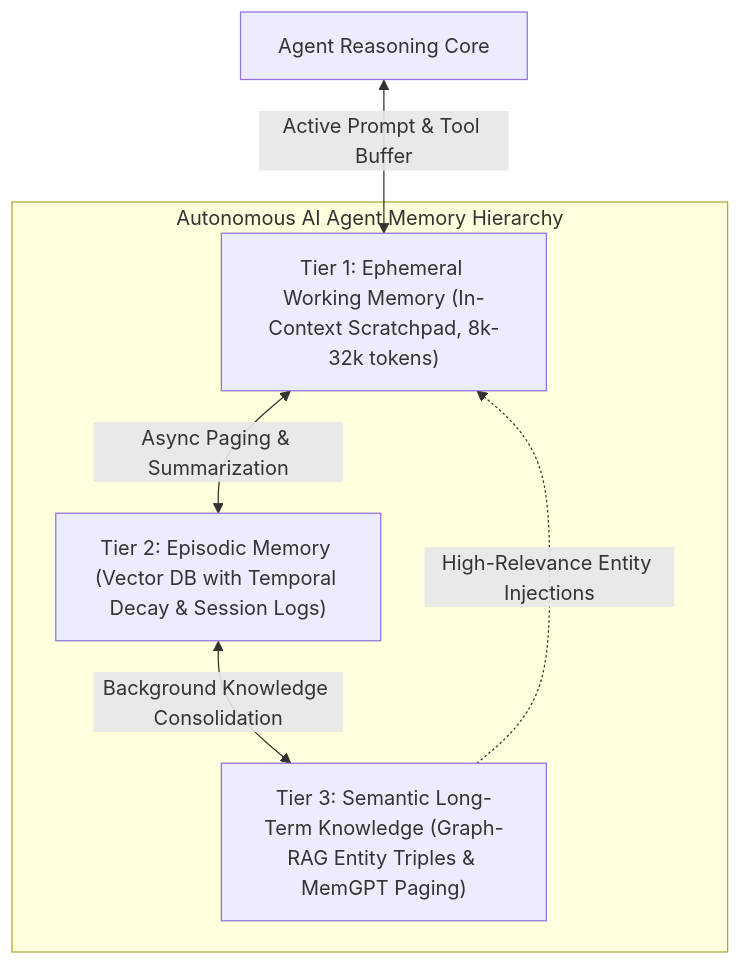
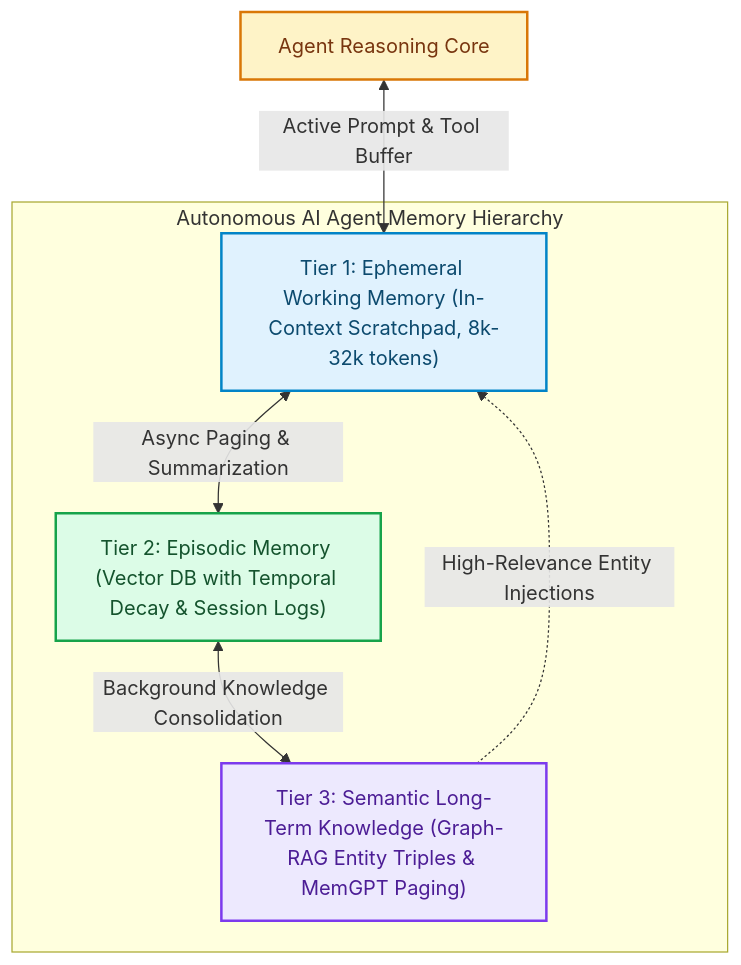
One commit to akmalkhaniub/akmalkhaniub.github.io changed the first of 2 diagrams in blog/posts/memory-hierarchies-autonomous-ai-agents-scratchpad-vector-graph-rag.md. Above: the diagram before and after it, drawn with Mermaid. The commit also changed other lines of this file and 1291 other files, not shown here.

First line of the commit message:
feat(catalog): unique covers, scholarly references, and diagram palettes

````diff
--- a/blog/posts/memory-hierarchies-autonomous-ai-agents-scratchpad-vector-graph-rag.md
+++ b/blog/posts/memory-hierarchies-autonomous-ai-agents-scratchpad-vector-graph-rag.md
@@ -11,13 +11,23 @@
 ```mermaid
 flowchart TD
   subgraph SG1_AutonomousAiAgent ["Autonomous AI Agent Memory Hierarchy"]
     Tier1["Tier 1: Ephemeral Working Memory (In-Context Scratchpad, 8k-32k tokens)"]
     Tier2["Tier 2: Episodic Memory (Vector DB with Temporal Decay & Session Logs)"]
     Tier3["Tier 3: Semantic Long-Term Knowledge (Graph-RAG Entity Triples & MemGPT Paging)"]
   end
   
-  LLM[Agent Reasoning Core] <-->|Active Prompt & Tool Buffer| Tier1
+  LLM["Agent Reasoning Core"] <-->|Active Prompt & Tool Buffer| Tier1
   Tier1 <-->|Async Paging & Summarization| Tier2
   Tier2 <-->|Background Knowledge Consolidation| Tier3
   Tier3 -.->|High-Relevance Entity Injections| Tier1
+
+classDef green fill:#dcfce7,stroke:#16a34a,stroke-width:2px,color:#14532d;
+classDef red fill:#fee2e2,stroke:#dc2626,stroke-width:2px,color:#7f1d1d;
+classDef blue fill:#e0f2fe,stroke:#0284c7,stroke-width:2px,color:#0c4a6e;
+classDef yellow fill:#fef3c7,stroke:#d97706,stroke-width:2px,color:#78350f;
+classDef purple fill:#ede9fe,stroke:#7c3aed,stroke-width:2px,color:#4c1d95;
+class Tier1 blue
+class Tier2 green
+class Tier3 purple
+class LLM yellow
 ```
````
